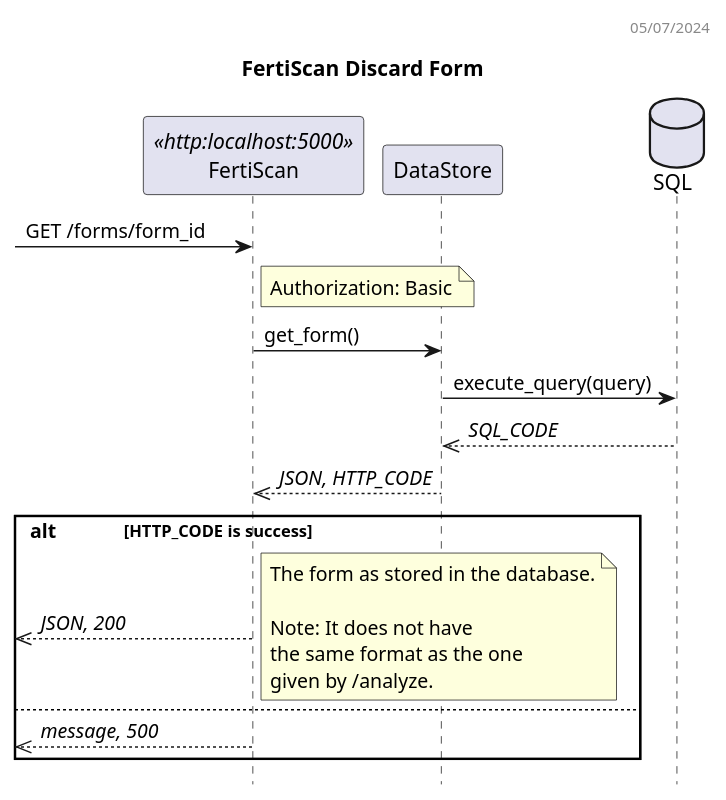
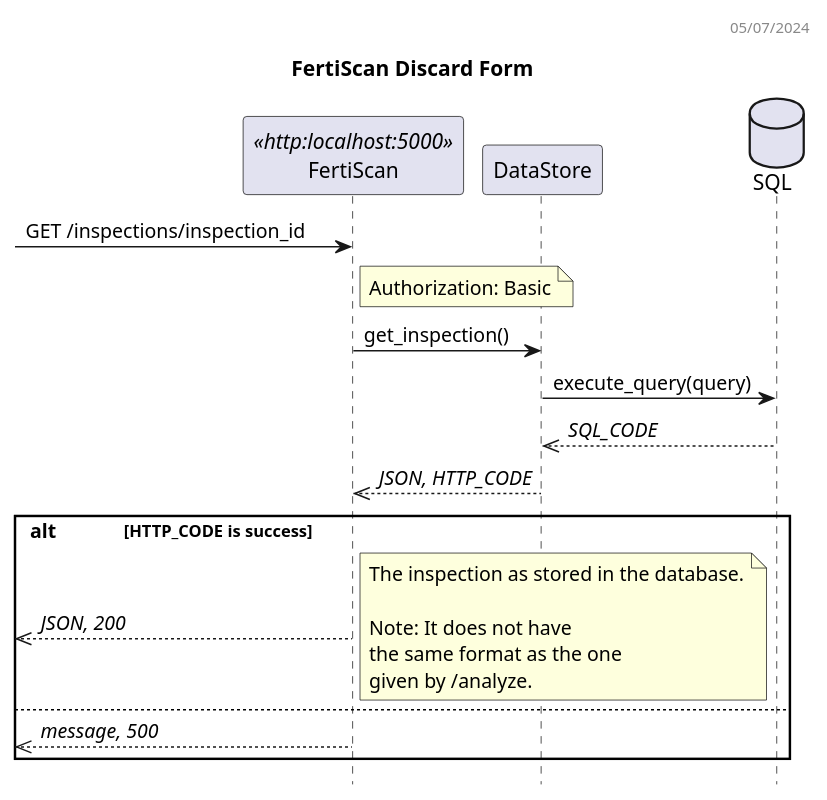
The diagram in docs/plantuml/get_inspection_dss.puml (ai-cfia/fertiscan-backend), drawn with PlantUML before and after one commit. The commit also changed 13 other files, not shown here.

```diff
--- a/docs/plantuml/get_inspection_dss.puml
+++ b/docs/plantuml/get_inspection_dss.puml
@@ -1,33 +1,33 @@
 @startuml FertiScan Sequence Diagram
 header 05/07/2024
 
 title FertiScan Discard Form
 hide empty members
 hide footbox
 
 participant FertiScan as BE <<http:localhost:5000>>
 participant DataStore as DS
 database SQL as DB
 
--> BE: GET /forms/form_id
+-> BE: GET /inspections/inspection_id
 note right BE
   Authorization: Basic
 end note
-BE -> DS: get_form() 
+BE -> DS: get_inspection() 
 DS -> DB: execute_query(query)
 DS <<-- DB: //SQL_CODE//
 BE <<-- DS: //JSON, HTTP_CODE//
 alt HTTP_CODE is success
   <<-- BE: //JSON, 200//
   note right
-    The form as stored in the database.
+    The inspection as stored in the database.
 
     Note: It does not have
     the same format as the one
     given by /analyze.
   end note
 else
   <<-- BE: //message, 500//
 end
 
 @enduml
```
